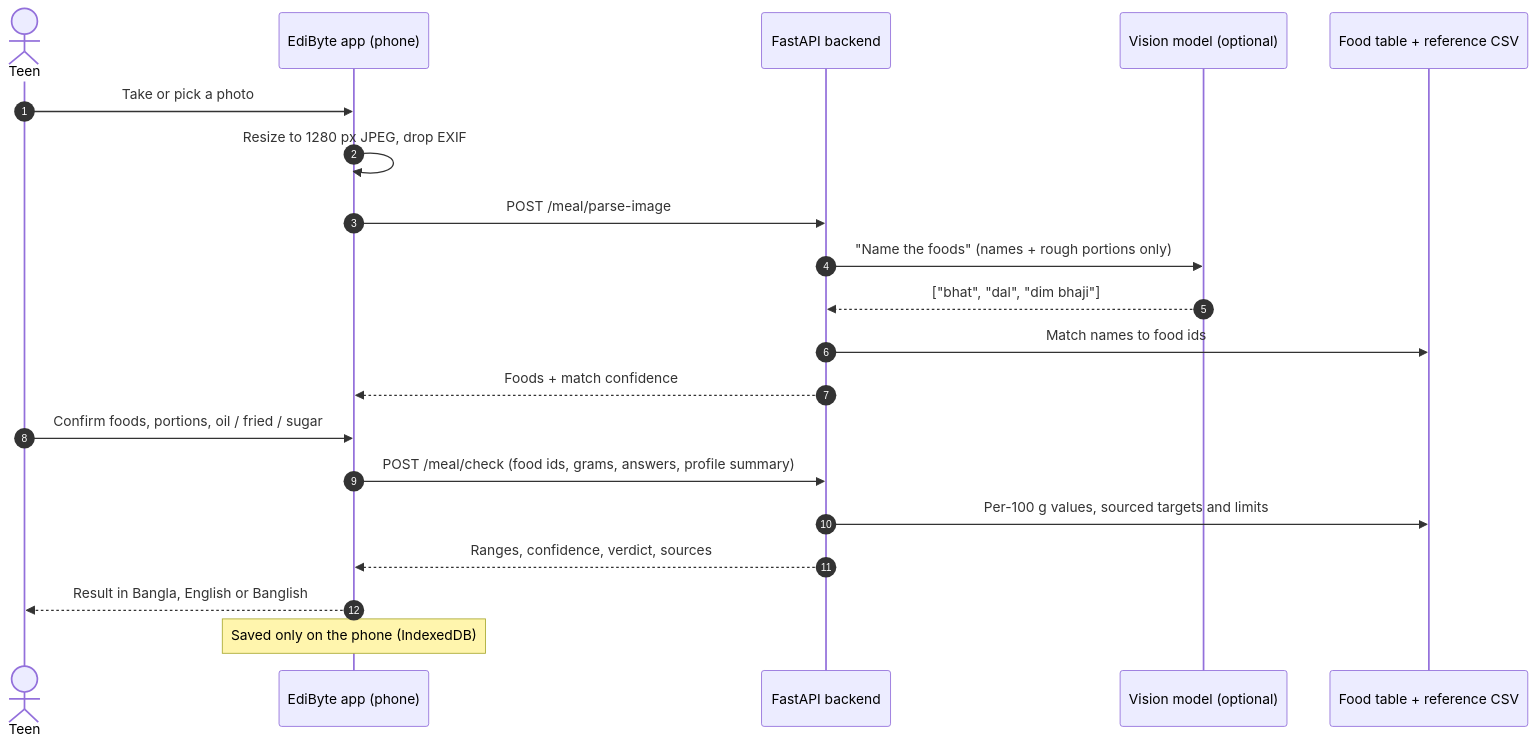
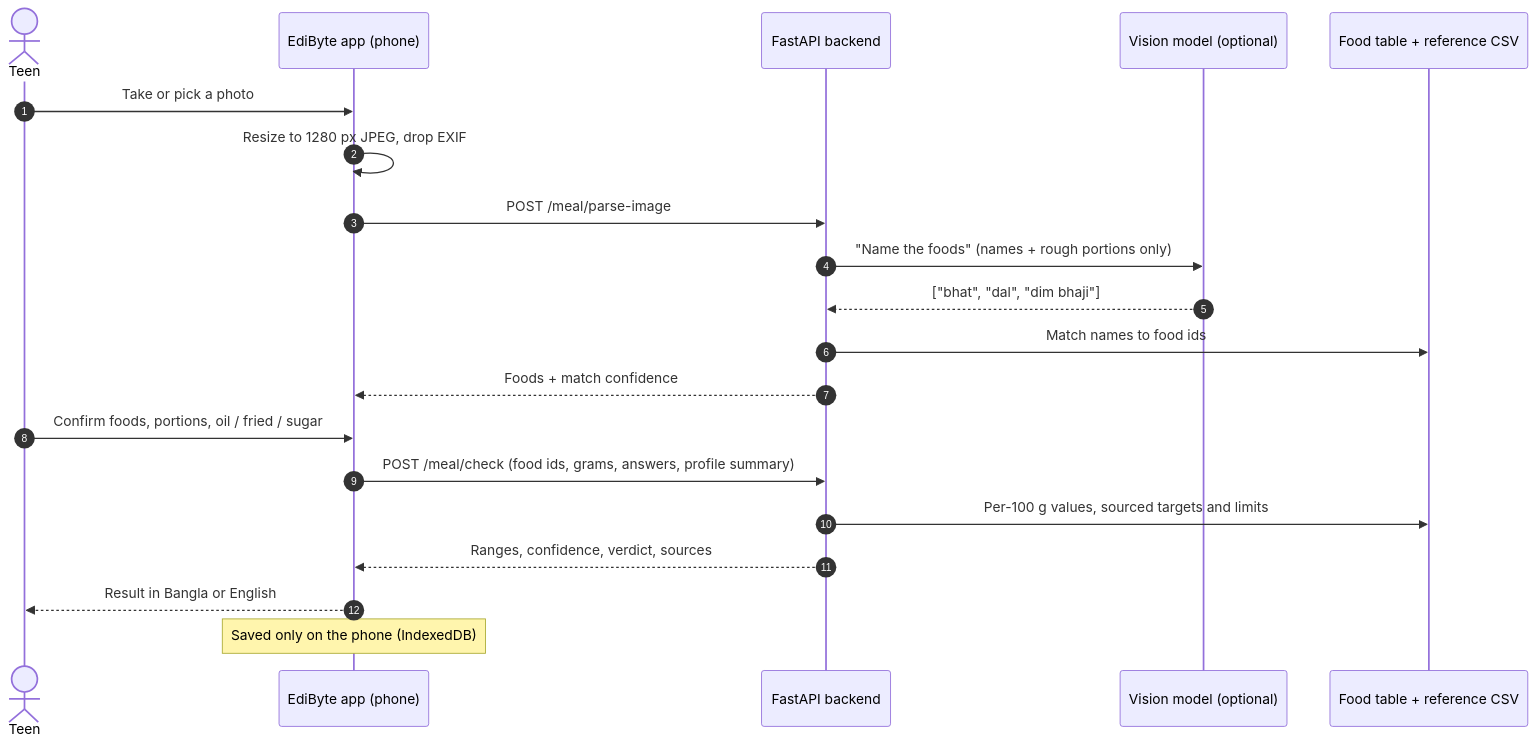
The first of 7 diagrams in README.md (es-ratt/edibyte), drawn with Mermaid before and after one commit. The commit also changed other lines of this file and 3 other files, not shown here.

Commit message:
docs: app languages are Bangla and English; no demo banner

````diff
--- a/README.md
+++ b/README.md
@@ -118,23 +118,23 @@
 ```mermaid
 sequenceDiagram
     autonumber
     actor Teen
     participant App as EdiByte app (phone)
     participant API as FastAPI backend
     participant LLM as Vision model (optional)
     participant Data as Food table + reference CSV
 
     Teen->>App: Take or pick a photo
     App->>App: Resize to 1280 px JPEG, drop EXIF
     App->>API: POST /meal/parse-image
     API->>LLM: "Name the foods" (names + rough portions only)
     LLM-->>API: ["bhat", "dal", "dim bhaji"]
     API->>Data: Match names to food ids
     API-->>App: Foods + match confidence
     Teen->>App: Confirm foods, portions, oil / fried / sugar
     App->>API: POST /meal/check (food ids, grams, answers, profile summary)
     API->>Data: Per-100 g values, sourced targets and limits
     API-->>App: Ranges, confidence, verdict, sources
-    App-->>Teen: Result in Bangla, English or Banglish
+    App-->>Teen: Result in Bangla or English
     Note over App: Saved only on the phone (IndexedDB)
 ```
````
